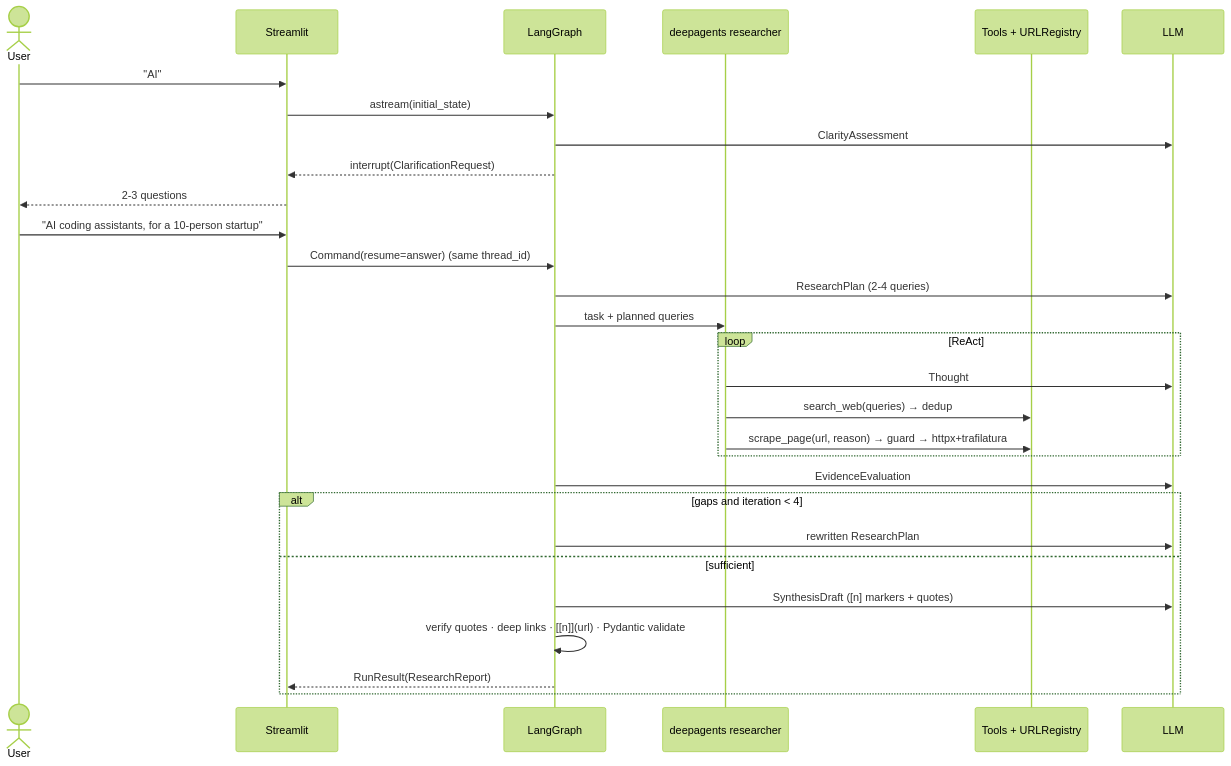
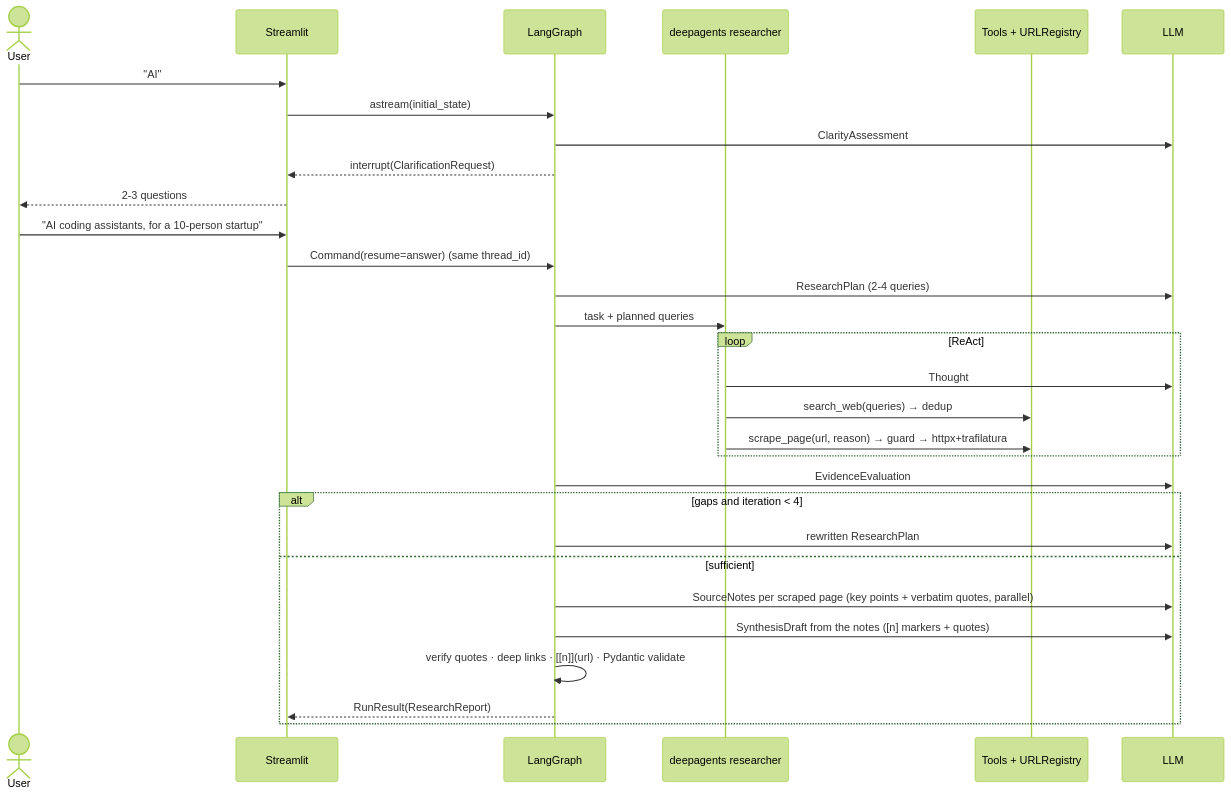
The second of 3 diagrams in README.md (YashMittal1503/ReAct-Search-Agent), drawn with Mermaid (forest theme) before and after one commit. The commit also changed other lines of this file, not shown here.

````diff
--- a/README.md
+++ b/README.md
@@ -110,32 +111,33 @@
 ```mermaid
 sequenceDiagram
     actor U as User
     participant S as Streamlit
     participant G as LangGraph
     participant R as deepagents researcher
     participant T as Tools + URLRegistry
     participant L as LLM
 
     U->>S: "AI"
     S->>G: astream(initial_state)
     G->>L: ClarityAssessment
     G-->>S: interrupt(ClarificationRequest)
     S-->>U: 2-3 questions
     U->>S: "AI coding assistants, for a 10-person startup"
     S->>G: Command(resume=answer)  (same thread_id)
     G->>L: ResearchPlan (2-4 queries)
     G->>R: task + planned queries
     loop ReAct
         R->>L: Thought
         R->>T: search_web(queries) → dedup
         R->>T: scrape_page(url, reason) → guard → httpx+trafilatura
     end
     G->>L: EvidenceEvaluation
     alt gaps and iteration < 4
         G->>L: rewritten ResearchPlan
     else sufficient
-        G->>L: SynthesisDraft ([n] markers + quotes)
+        G->>L: SourceNotes per scraped page (key points + verbatim quotes, parallel)
+        G->>L: SynthesisDraft from the notes ([n] markers + quotes)
         G->>G: verify quotes · deep links · [[n]](url) · Pydantic validate
         G-->>S: RunResult(ResearchReport)
     end
 ```
````
